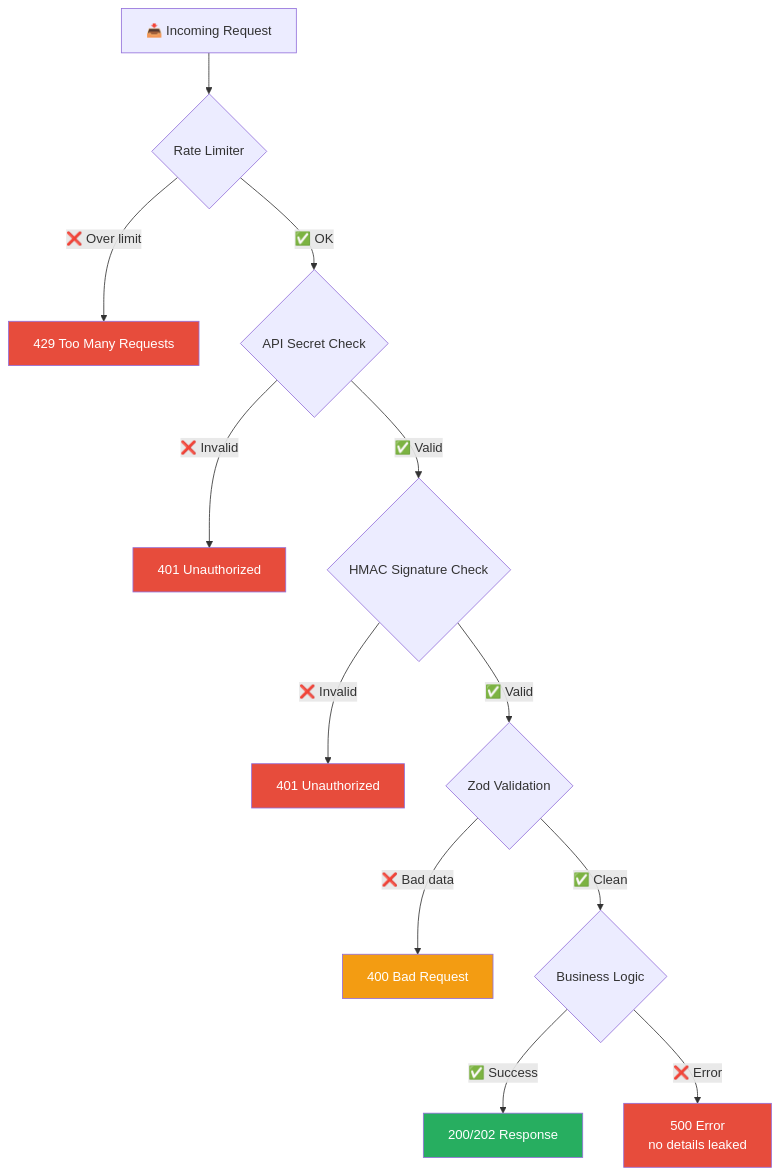
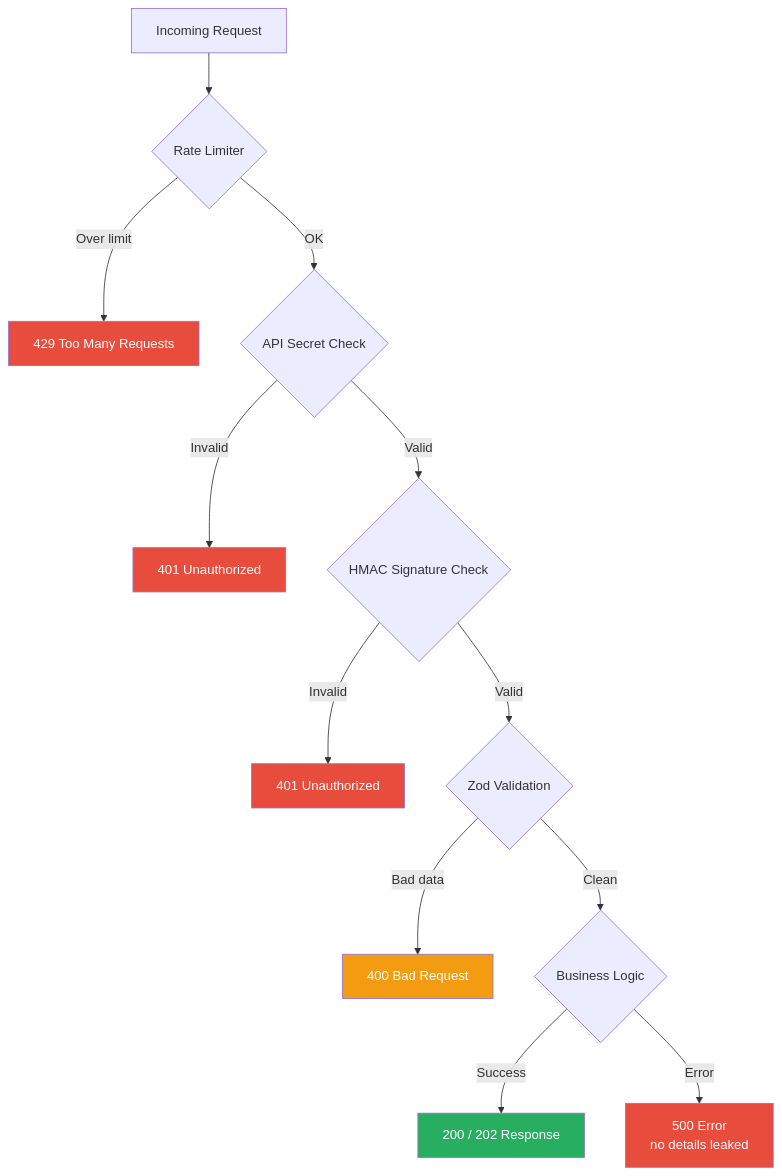
Diagram 20 of 21 in README.md (solydstore/inner_cnft_manager_heroku), drawn with Mermaid before and after one commit. The commit also changed other lines of this file, not shown here.

````diff
--- a/README.md
+++ b/README.md
@@ -1150,21 +1150,21 @@
 ```mermaid
 flowchart TD
-    A[📥 Incoming Request] --> B{Rate Limiter}
-    B -->|❌ Over limit| C[429 Too Many Requests]
-    B -->|✅ OK| D{API Secret Check}
-    D -->|❌ Invalid| E[401 Unauthorized]
-    D -->|✅ Valid| HMAC{HMAC Signature Check}
-    HMAC -->|❌ Invalid| HE[401 Unauthorized]
-    HMAC -->|✅ Valid| F{Zod Validation}
-    F -->|❌ Bad data| G[400 Bad Request]
-    F -->|✅ Clean| H{Business Logic}
-    H -->|✅ Success| I[200/202 Response]
-    H -->|❌ Error| J[500 Error<br/>no details leaked]
+    A["Incoming Request"] --> B{Rate Limiter}
+    B -->|Over limit| C["429 Too Many Requests"]
+    B -->|OK| D{API Secret Check}
+    D -->|Invalid| E["401 Unauthorized"]
+    D -->|Valid| HMAC{HMAC Signature Check}
+    HMAC -->|Invalid| HE["401 Unauthorized"]
+    HMAC -->|Valid| F{Zod Validation}
+    F -->|Bad data| G["400 Bad Request"]
+    F -->|Clean| H{Business Logic}
+    H -->|Success| I["200 / 202 Response"]
+    H -->|Error| J["500 Error<br/>no details leaked"]
 
     style C fill:#e74c3c,color:#fff
     style E fill:#e74c3c,color:#fff
     style HE fill:#e74c3c,color:#fff
     style G fill:#f39c12,color:#fff
     style I fill:#27ae60,color:#fff
     style J fill:#e74c3c,color:#fff
 ```
````
